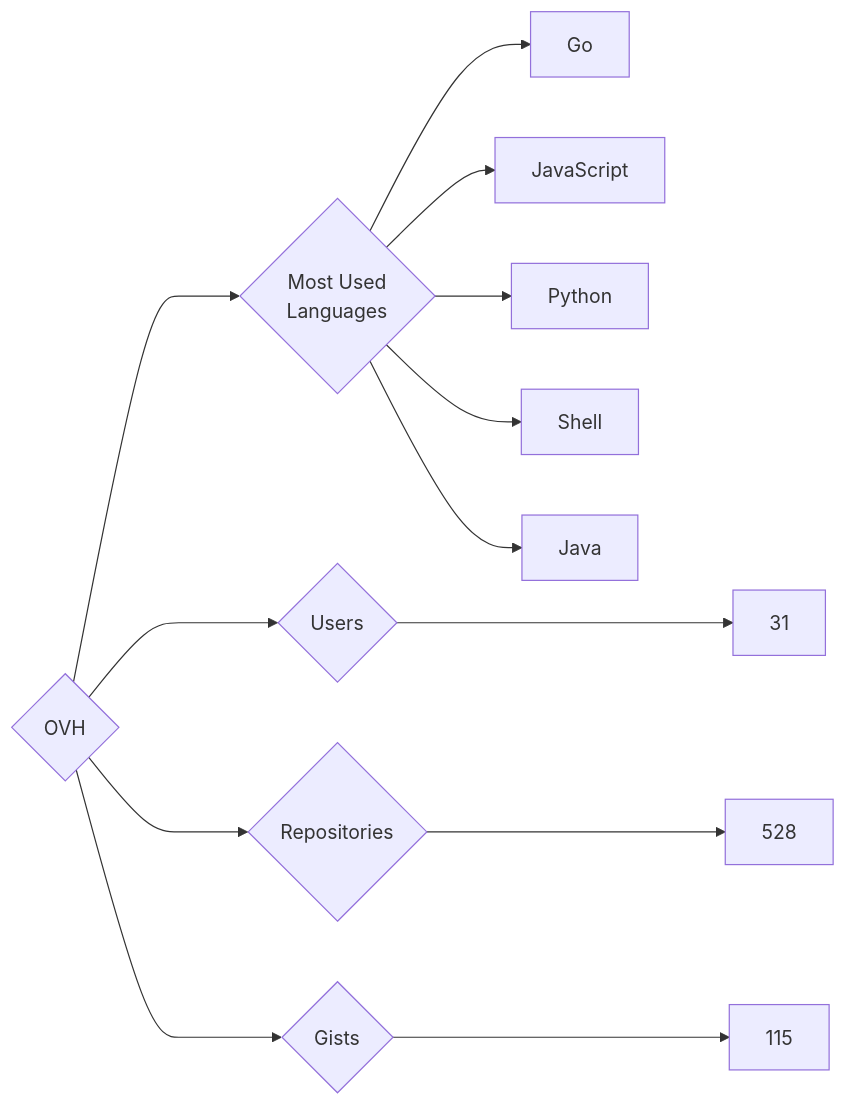
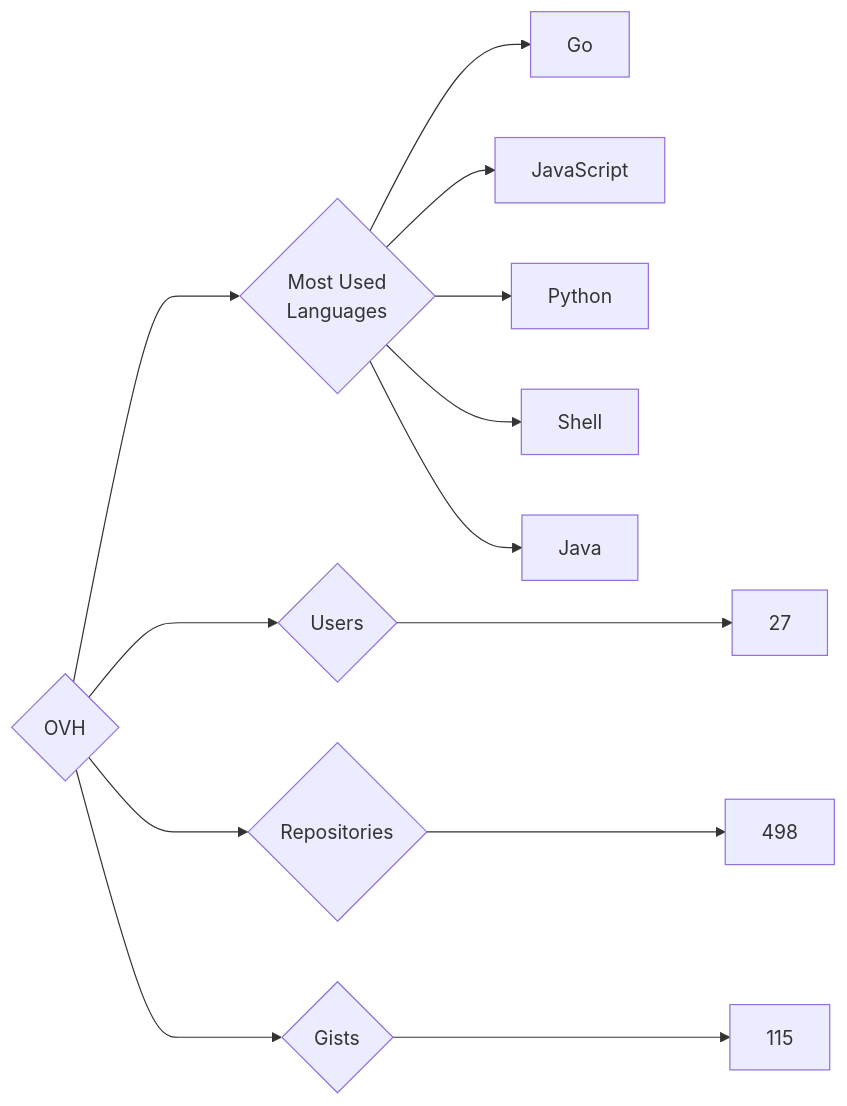
Before and after one commit to trickest/insiders: the diagram in targets/OVH/README.md, drawn with Mermaid. The commit also changed 1248 other files, not shown here.

````diff
--- a/targets/OVH/README.md
+++ b/targets/OVH/README.md
@@ -3,13 +3,13 @@
 ```mermaid
 graph LR
 COMPANY_NAME{OVH}
-COMPANY_NAME ---> U{Users} ---> UN[31]
-COMPANY_NAME ---> R{Repositories} ---> RN[528]
+COMPANY_NAME ---> U{Users} ---> UN[27]
+COMPANY_NAME ---> R{Repositories} ---> RN[498]
 COMPANY_NAME ---> G{Gists} ---> GN[115]
 COMPANY_NAME ---> ML{Most Used<br>Languages}
 ML --> Go[Go]
 ML --> JavaScript[JavaScript]
 ML --> Python[Python]
 ML --> Shell[Shell]
 ML --> Java[Java]
 ```
````
